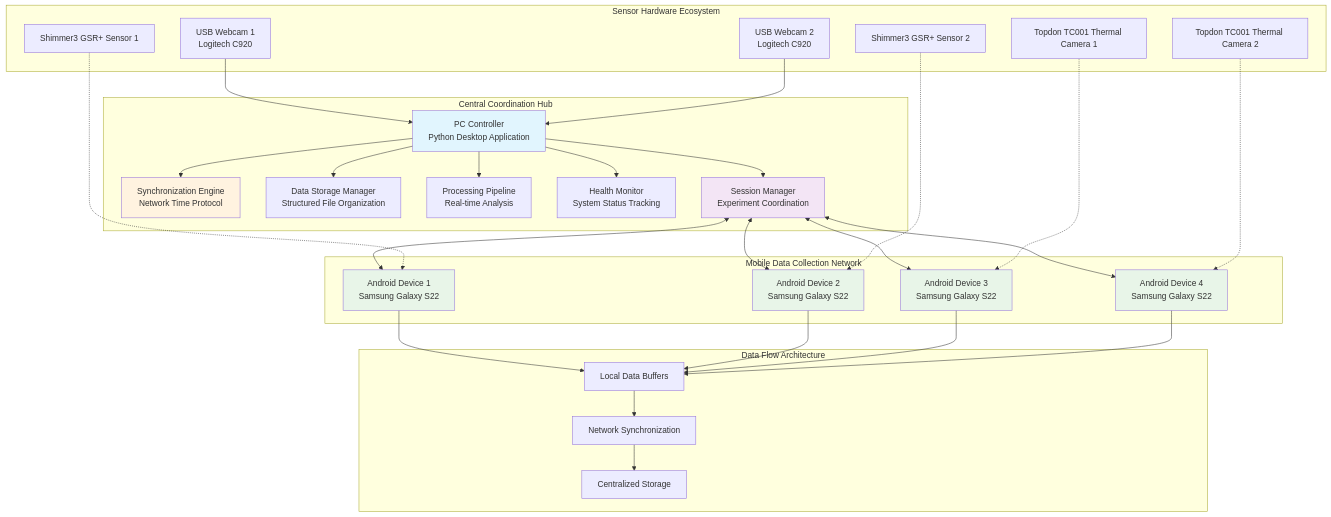
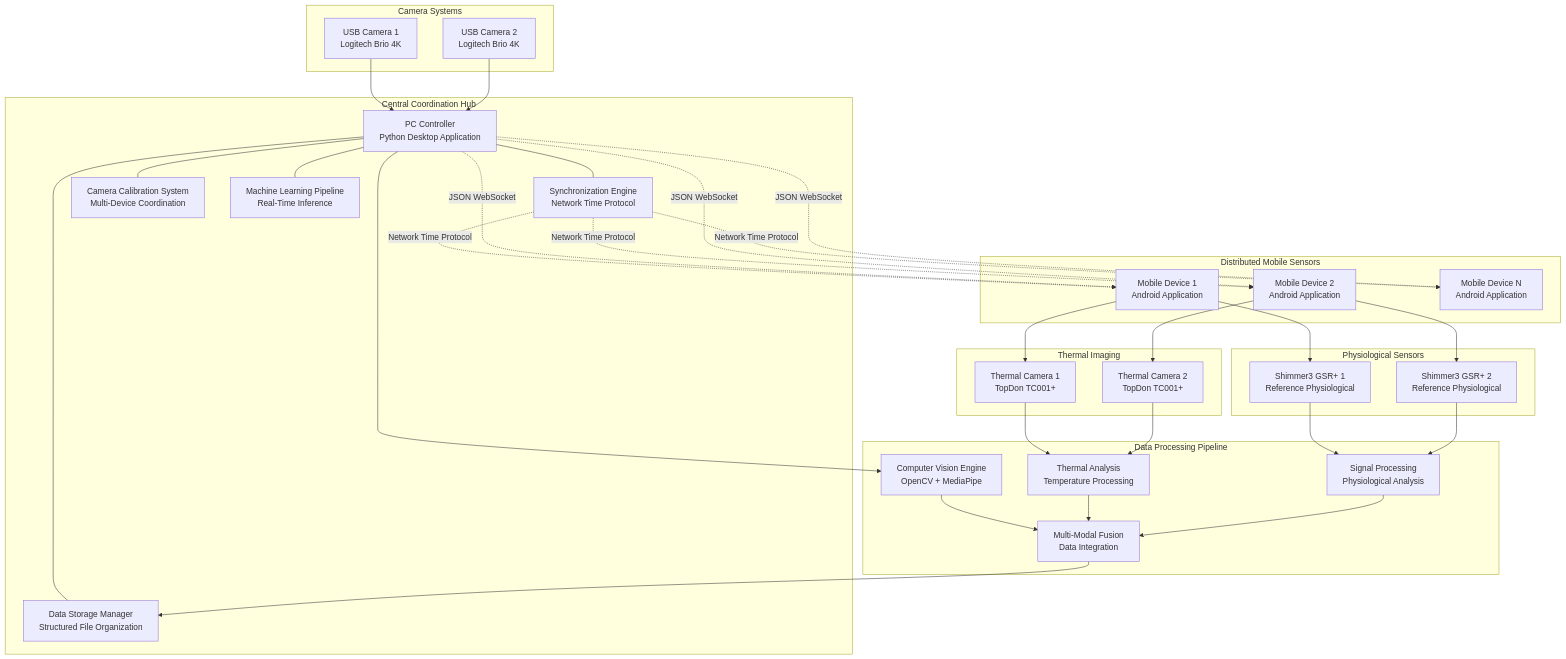
One commit to buccancs/fyp-multi-sensor-recording-system changed the first of 5 diagrams in docs/thesis_report/Chapter_4_Design_and_Implementation.md. Above: the diagram before and after it, drawn with Mermaid. The commit also changed other lines of this file and 6 other files, not shown here.

````diff
--- a/docs/thesis_report/Chapter_4_Design_and_Implementation.md
+++ b/docs/thesis_report/Chapter_4_Design_and_Implementation.md
@@ -195,67 +195,72 @@
 ```mermaid
 graph TB
     subgraph "Central Coordination Hub"
         PC[PC Controller<br/>Python Desktop Application]
         SYNC[Synchronization Engine<br/>Network Time Protocol]
         STORE[Data Storage Manager<br/>Structured File Organization]
-        PROC[Processing Pipeline<br/>Real-time Analysis]
-        HEALTH[Health Monitor<br/>System Status Tracking]
-        SESSION[Session Manager<br/>Experiment Coordination]
+        CAL[Camera Calibration System<br/>Multi-Device Coordination]
+        ML[Machine Learning Pipeline<br/>Real-Time Inference]
     end
     
-    subgraph "Mobile Data Collection Network"
-        A1[Android Device 1<br/>Samsung Galaxy S22]
-        A2[Android Device 2<br/>Samsung Galaxy S22]
-        A3[Android Device 3<br/>Samsung Galaxy S22]
-        A4[Android Device 4<br/>Samsung Galaxy S22]
+    subgraph "Distributed Mobile Sensors"
+        M1[Mobile Device 1<br/>Android Application]
+        M2[Mobile Device 2<br/>Android Application]
+        M3[Mobile Device N<br/>Android Application]
     end
     
-    subgraph "Sensor Hardware Ecosystem"
-        S1[Shimmer3 GSR+ Sensor 1] 
-        S2[Shimmer3 GSR+ Sensor 2]
-        T1[Topdon TC001 Thermal Camera 1]
-        T2[Topdon TC001 Thermal Camera 2]
-        W1[USB Webcam 1<br/>Logitech C920]
-        W2[USB Webcam 2<br/>Logitech C920]
+    subgraph "Camera Systems"
+        CAM1[USB Camera 1<br/>Logitech Brio 4K]
+        CAM2[USB Camera 2<br/>Logitech Brio 4K]
     end
     
-    subgraph "Data Flow Architecture"
-        LOCAL_BUFFER[Local Data Buffers]
-        NETWORK_SYNC[Network Synchronization]
-        CENTRAL_STORAGE[Centralized Storage]
+    subgraph "Thermal Imaging"
+        THERM1[Thermal Camera 1<br/>TopDon TC001+]
+        THERM2[Thermal Camera 2<br/>TopDon TC001+]
     end
     
-    PC --> SYNC
-    PC --> STORE
-    PC --> PROC
-    PC --> HEALTH
-    PC --> SESSION
+    subgraph "Physiological Sensors"
+        GSR1[Shimmer3 GSR+ 1<br/>Reference Physiological]
+        GSR2[Shimmer3 GSR+ 2<br/>Reference Physiological]
+    end
     
-    SESSION <--> A1
-    SESSION <--> A2
-    SESSION <--> A3
-    SESSION <--> A4
+    subgraph "Data Processing Pipeline"
+        VISION[Computer Vision Engine<br/>OpenCV + MediaPipe]
+        THERMAL[Thermal Analysis<br/>Temperature Processing]
+        SIGNAL[Signal Processing<br/>Physiological Analysis]
+        FUSION[Multi-Modal Fusion<br/>Data Integration]
+    end
     
-    S1 -.-> A1
-    S2 -.-> A2
-    T1 -.-> A3
-    T2 -.-> A4
-    W1 --> PC
-    W2 --> PC
+    PC --- SYNC
+    PC --- STORE
+    PC --- CAL
+    PC --- ML
     
-    A1 --> LOCAL_BUFFER
-    A2 --> LOCAL_BUFFER
-    A3 --> LOCAL_BUFFER
-    A4 --> LOCAL_BUFFER
+    SYNC -.->|Network Time Protocol| M1
+    SYNC -.->|Network Time Protocol| M2
+    SYNC -.->|Network Time Protocol| M3
     
-    LOCAL_BUFFER --> NETWORK_SYNC
-    NETWORK_SYNC --> CENTRAL_STORAGE
+    PC -.->|JSON WebSocket| M1
+    PC -.->|JSON WebSocket| M2
+    PC -.->|JSON WebSocket| M3
     
-    style PC fill:#e1f5fe
-    style SYNC fill:#fff3e0
-    style SESSION fill:#f3e5f5
-    style A1 fill:#e8f5e8
-    style A2 fill:#e8f5e8
-    style A3 fill:#e8f5e8
-    style A4 fill:#e8f5e8
+    CAM1 --> PC
+    CAM2 --> PC
+    
+    M1 --> THERM1
+    M2 --> THERM2
+    
+    M1 --> GSR1
+    M2 --> GSR2
+    
+    PC --> VISION
+    THERM1 --> THERMAL
+    THERM2 --> THERMAL
+    GSR1 --> SIGNAL
+    GSR2 --> SIGNAL
+    
+    VISION --> FUSION
+    THERMAL --> FUSION
+    SIGNAL --> FUSION
+    
+    FUSION --> STORE
 ```
````
